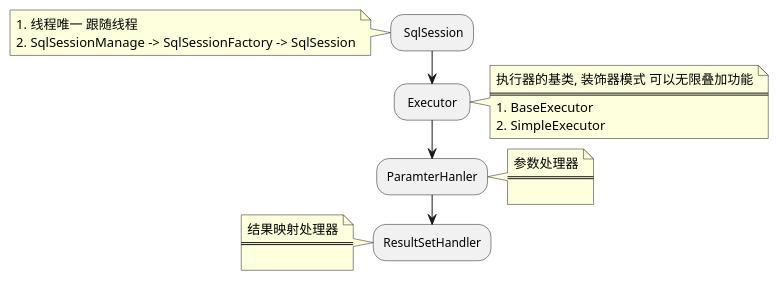
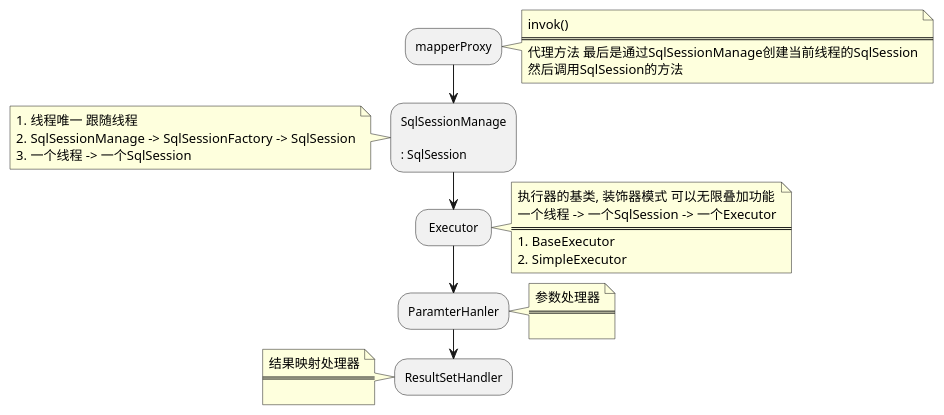
The diagram in sanhuo-persistent/Sql执行流程图.puml (zhangzishen9/sanhuo_scaffold), drawn with PlantUML before and after one commit. The commit also changed 44 other files, not shown here.

```diff
--- a/sanhuo-persistent/Sql执行流程图.puml
+++ b/sanhuo-persistent/Sql执行流程图.puml
@@ -1,33 +1,46 @@
 @startuml
+
+:mapperProxy;
+
+note right
+invok()
+====
+代理方法 最后是通过SqlSessionManage创建当前线程的SqlSession
+然后调用SqlSession的方法
+end note
+
+:SqlSessionManage
 
 : SqlSession;
 
 note left
 # 线程唯一 跟随线程
 # SqlSessionManage -> SqlSessionFactory -> SqlSession
+# 一个线程 -> 一个SqlSession
 end note
 
 : Executor ;
 
 note right
 执行器的基类, 装饰器模式 可以无限叠加功能
+一个线程 -> 一个SqlSession -> 一个Executor
 ====
 # BaseExecutor
 # SimpleExecutor
 end note
 
 
 :ParamterHanler;
 note right
 参数处理器
 ====
 
 end note
 
 :ResultSetHandler;
 note left
 结果映射处理器
 ====
 
 end note
 @enduml
```
